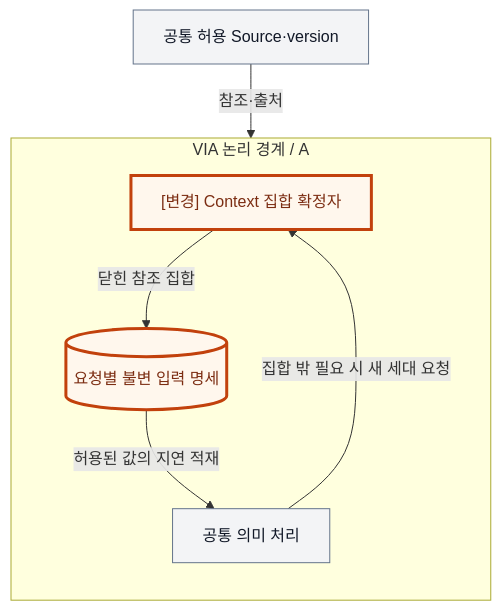
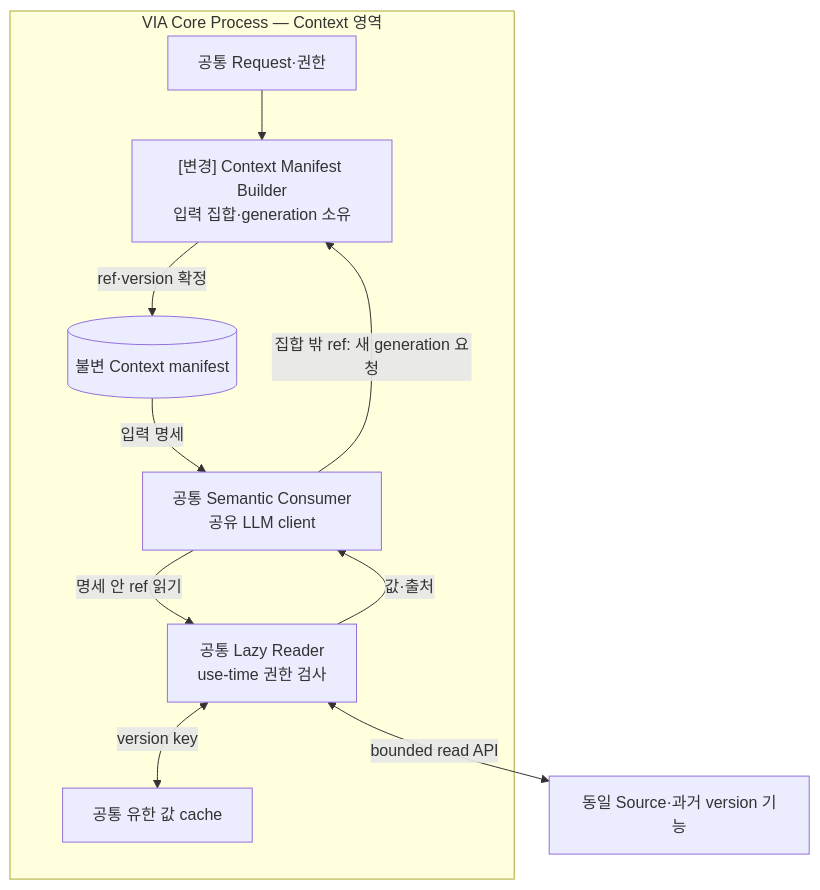
Before and after one commit to cbyche/via-sw-architecture: the second of 4 diagrams in docs/architecture/12-decisions/via-dp-05-context-contract.md, drawn with Mermaid. The commit also changed other lines of this file and 59 other files, not shown here.

Commit message:
docs: consolidate comprehensive VIA decision inventory and implementation diagrams

````diff
--- a/docs/architecture/12-decisions/via-dp-05-context-contract.md
+++ b/docs/architecture/12-decisions/via-dp-05-context-contract.md
@@ -45,15 +53,13 @@
 ```mermaid
 flowchart TB
- S["공통 허용 Source·version"] -->|참조·출처| P
- subgraph V["VIA 논리 경계 / A"]
- direction TB
- P["[변경] Context 집합 확정자"] -->|닫힌 참조 집합| E[("요청별 불변 입력 명세")]
- E -->|허용된 값의 지연 적재| C["공통 의미 처리"]
- C -->|집합 밖 필요 시 새 세대 요청| P
+ subgraph V["VIA Core Process — Context 영역"]
+ R["공통 Request·권한"] --> P["[변경] Context Manifest Builder<br/>입력 집합·generation 소유"]
+ P -->|"ref·version 확정"| E[("불변 Context manifest")]
+ E -->|"입력 명세"| C["공통 Semantic Consumer<br/>공유 LLM client"]
+ C -->|"명세 안 ref 읽기"| L["공통 Lazy Reader<br/>use-time 권한 검사"]
+ L <-->|"version key"| K["공통 유한 값 cache"]
+ L -->|"값·출처"| C
+ C -->|"집합 밖 ref: 새 generation 요청"| P
  end
-
-classDef common fill:#F3F4F6,stroke:#64748B,color:#111827;
-classDef change fill:#FFF7ED,stroke:#C2410C,stroke-width:3px,color:#7C2D12;
-class S,C common;
-class P,E change;
+ L <-->|"bounded read API"| S["동일 Source·과거 version 기능"]
 ```
````
